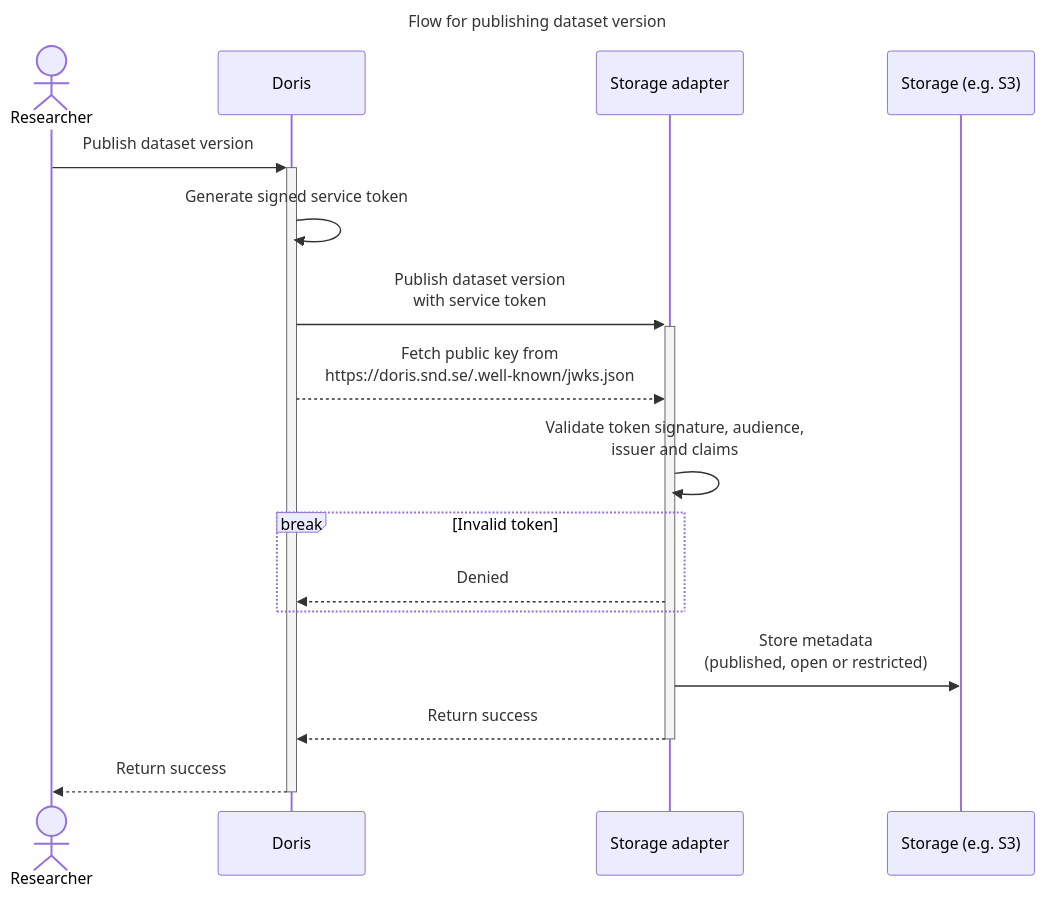
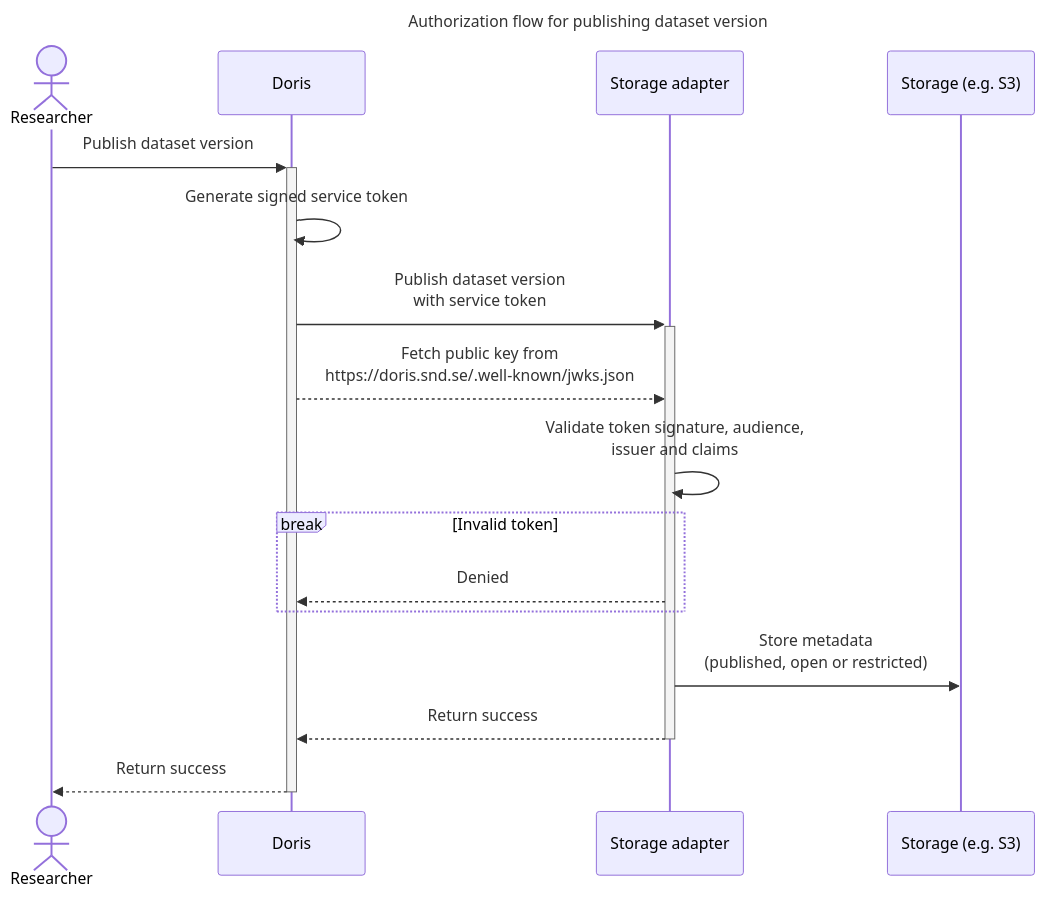
One commit to stefanjakobsson/doris-storage-adapter-test changed the fourth of 5 diagrams in README.md. Above: the diagram before and after it, drawn with Mermaid. The commit also changed other lines of this file, not shown here.

Commit message:
Add high level diagrams to readme

````diff
--- a/README.md
+++ b/README.md
@@ -31,21 +69,21 @@
 ```mermaid
 ---
-title: Flow for publishing dataset version
+title: Authorization flow for publishing dataset version
 ---
 sequenceDiagram
     actor R as Researcher
     participant D as Doris
     participant SA as Storage adapter
     participant S as Storage (e.g. S3)
     R->>+D: Publish dataset version
     D->>D: Generate signed service token
     D->>+SA: Publish dataset version<br/>with service token
     D-->>SA: Fetch public key from<br/>https://doris.snd.se/.well-known/jwks.json
     SA->>SA: Validate token signature, audience,<br/>issuer and claims
     break Invalid token
         SA-->>D: Denied
     end
     SA->>S: Store metadata<br/>(published, open or restricted)
     SA-->>-D: Return success
     D-->>-R: Return success
 ```
````
